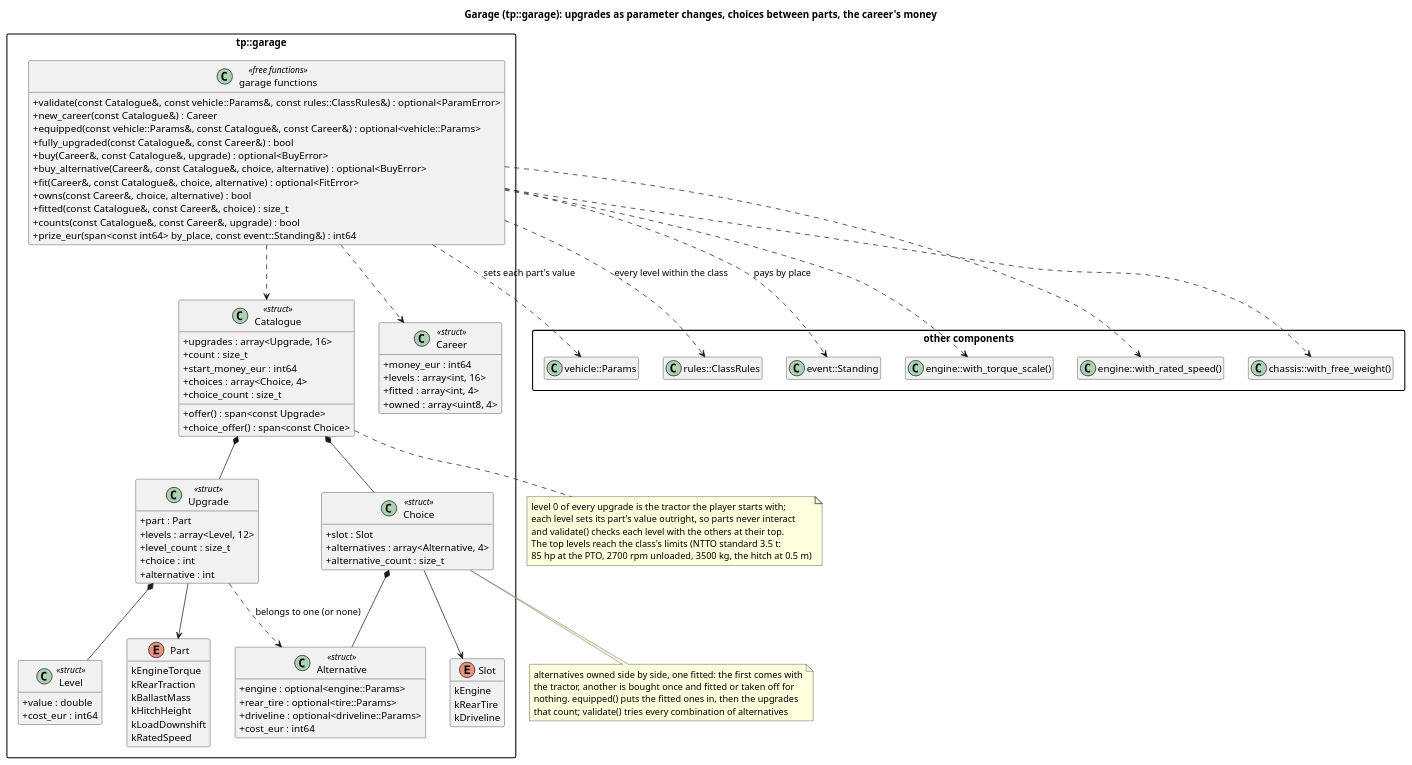
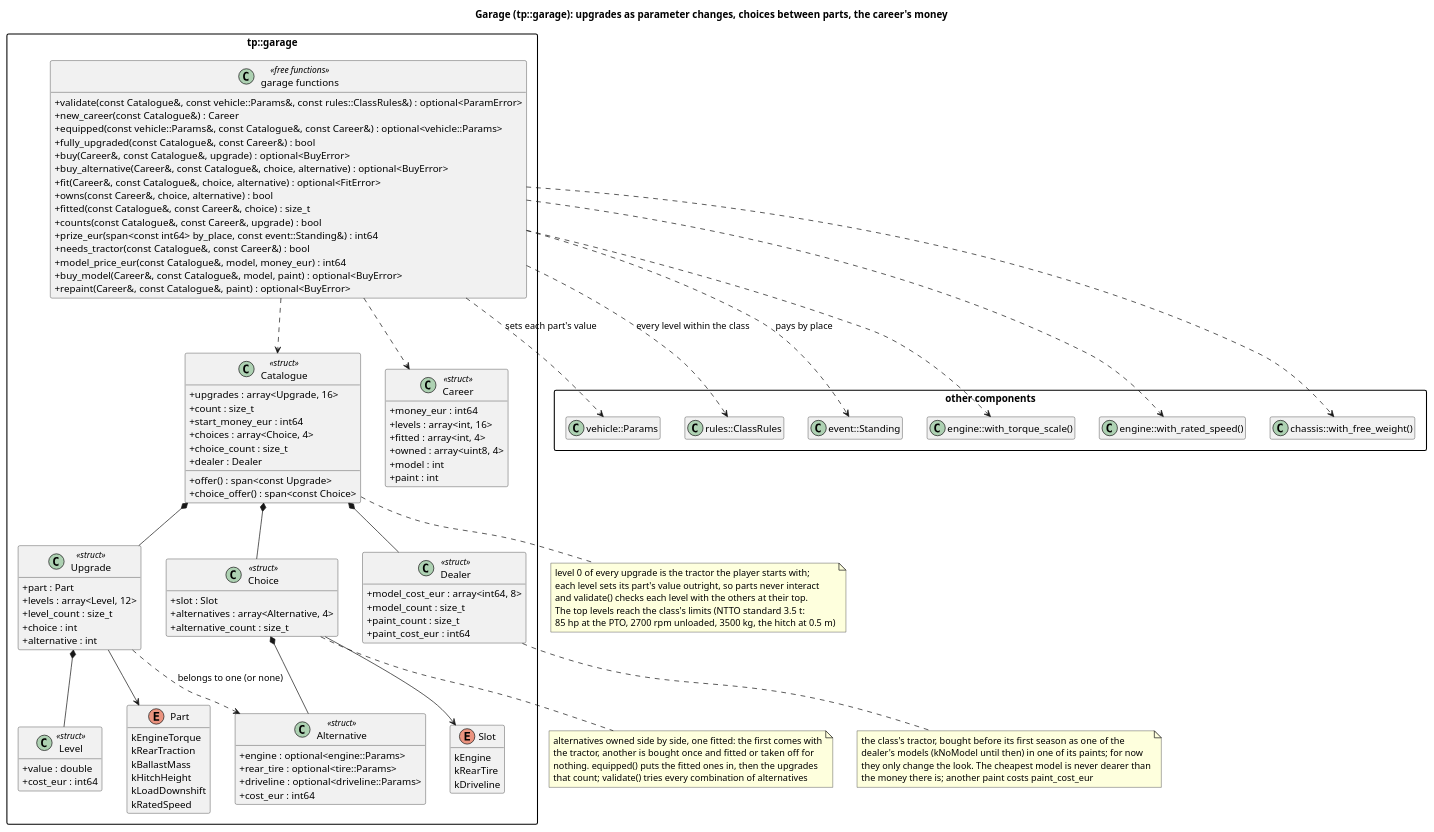
The diagram in docs/diagrams/garage_classes.puml (wversteeg/TractorPulling), drawn with PlantUML before and after one commit. The commit also changed 46 other files, not shown here.

First line of the commit message:
WIP: tractor dealer per class, models, paint shop

```diff
--- a/docs/diagrams/garage_classes.puml
+++ b/docs/diagrams/garage_classes.puml
@@ -1,109 +1,129 @@
 @startuml garage_classes
 title Garage (tp::garage): upgrades as parameter changes, choices between parts, the career's money
 hide empty members
 skinparam packageStyle rectangle
 skinparam classAttributeIconSize 0
 
 package "other components" {
   class "vehicle::Params" as Tractor
   class "rules::ClassRules" as ClassRules
   class "event::Standing" as EventStanding
   class "engine::with_torque_scale()" as TorqueScale
   class "engine::with_rated_speed()" as RatedSpeed
   class "chassis::with_free_weight()" as BallastMass
 }
 
 package "tp::garage" {
   enum Part {
     kEngineTorque
     kRearTraction
     kBallastMass
     kHitchHeight
     kLoadDownshift
     kRatedSpeed
   }
   class Level <<struct>> {
     +value : double
     +cost_eur : int64
   }
   class Upgrade <<struct>> {
     +part : Part
     +levels : array<Level, 12>
     +level_count : size_t
     +choice : int
     +alternative : int
   }
   enum Slot {
     kEngine
     kRearTire
     kDriveline
   }
   class Alternative <<struct>> {
     +engine : optional<engine::Params>
     +rear_tire : optional<tire::Params>
     +driveline : optional<driveline::Params>
     +cost_eur : int64
   }
   class Choice <<struct>> {
     +slot : Slot
     +alternatives : array<Alternative, 4>
     +alternative_count : size_t
   }
+  class Dealer <<struct>> {
+    +model_cost_eur : array<int64, 8>
+    +model_count : size_t
+    +paint_count : size_t
+    +paint_cost_eur : int64
+  }
   class Catalogue <<struct>> {
     +upgrades : array<Upgrade, 16>
     +count : size_t
     +start_money_eur : int64
     +choices : array<Choice, 4>
     +choice_count : size_t
+    +dealer : Dealer
     +offer() : span<const Upgrade>
     +choice_offer() : span<const Choice>
   }
   class Career <<struct>> {
     +money_eur : int64
     +levels : array<int, 16>
     +fitted : array<int, 4>
     +owned : array<uint8, 4>
+    +model : int
+    +paint : int
   }
   class "garage functions" as GarageFns <<free functions>> {
     +validate(const Catalogue&, const vehicle::Params&, const rules::ClassRules&) : optional<ParamError>
     +new_career(const Catalogue&) : Career
     +equipped(const vehicle::Params&, const Catalogue&, const Career&) : optional<vehicle::Params>
     +fully_upgraded(const Catalogue&, const Career&) : bool
     +buy(Career&, const Catalogue&, upgrade) : optional<BuyError>
     +buy_alternative(Career&, const Catalogue&, choice, alternative) : optional<BuyError>
     +fit(Career&, const Catalogue&, choice, alternative) : optional<FitError>
     +owns(const Career&, choice, alternative) : bool
     +fitted(const Catalogue&, const Career&, choice) : size_t
     +counts(const Catalogue&, const Career&, upgrade) : bool
     +prize_eur(span<const int64> by_place, const event::Standing&) : int64
+    +needs_tractor(const Catalogue&, const Career&) : bool
+    +model_price_eur(const Catalogue&, model, money_eur) : int64
+    +buy_model(Career&, const Catalogue&, model, paint) : optional<BuyError>
+    +repaint(Career&, const Catalogue&, paint) : optional<BuyError>
   }
   Catalogue *-- Upgrade
   Catalogue *-- Choice
+  Catalogue *-- Dealer
   Choice *-- Alternative
   Choice --> Slot
   Upgrade *-- Level
   Upgrade --> Part
   Upgrade ..> Alternative : belongs to one (or none)
   GarageFns ..> Catalogue
   GarageFns ..> Career
 }
 GarageFns ..> Tractor : sets each part's value
 GarageFns ..> ClassRules : every level within the class
 GarageFns ..> EventStanding : pays by place
 GarageFns ..> TorqueScale
 GarageFns ..> RatedSpeed
 GarageFns ..> BallastMass
 note bottom of Catalogue
   level 0 of every upgrade is the tractor the player starts with;
   each level sets its part's value outright, so parts never interact
   and validate() checks each level with the others at their top.
   The top levels reach the class's limits (NTTO standard 3.5 t:
   85 hp at the PTO, 2700 rpm unloaded, 3500 kg, the hitch at 0.5 m)
 end note
+note bottom of Dealer
+  the class's tractor, bought before its first season as one of the
+  dealer's models (kNoModel until then) in one of its paints; for now
+  they only change the look. The cheapest model is never dearer than
+  the money there is; another paint costs paint_cost_eur
+end note
 note bottom of Choice
   alternatives owned side by side, one fitted: the first comes with
   the tractor, another is bought once and fitted or taken off for
   nothing. equipped() puts the fitted ones in, then the upgrades
   that count; validate() tries every combination of alternatives
 end note
 @enduml
```
